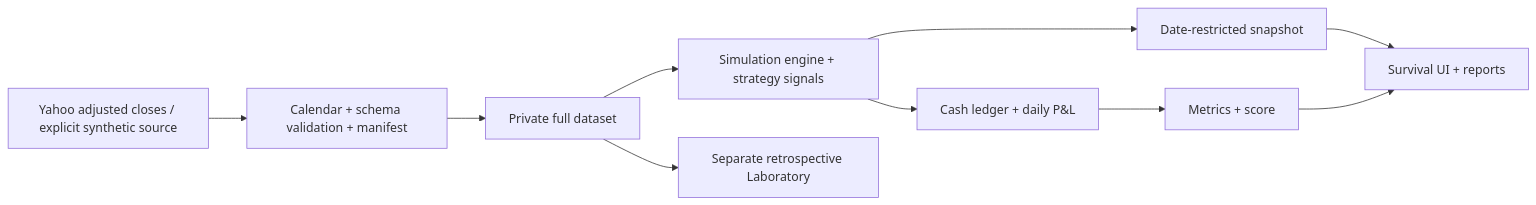
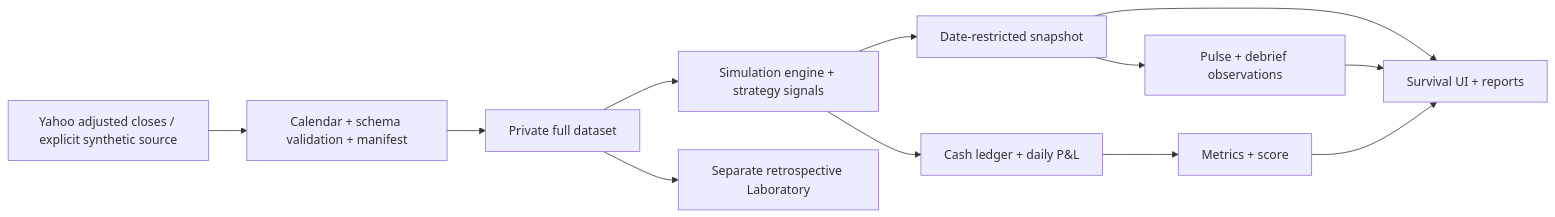
One commit to CysTing/Financial-Crisis-Time-Machine changed the diagram in README.md. Above: the diagram before and after it, drawn with Mermaid. The commit also changed other lines of this file and 29 other files, not shown here.

````diff
--- a/README.md
+++ b/README.md
@@ -99,12 +106,14 @@
 ```mermaid
 flowchart LR
     A[Yahoo adjusted closes / explicit synthetic source] --> B[Calendar + schema validation + manifest]
     B --> C[Private full dataset]
     C --> D[Simulation engine + strategy signals]
     D --> E[Date-restricted snapshot]
     E --> F[Survival UI + reports]
     C --> G[Separate retrospective Laboratory]
     D --> H[Cash ledger + daily P&L]
     H --> I[Metrics + score]
     I --> F
+    E --> J[Pulse + debrief observations]
+    J --> F
 ```
````
